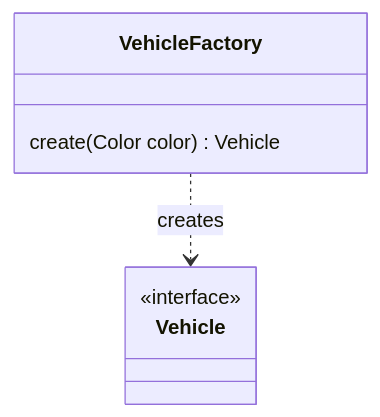
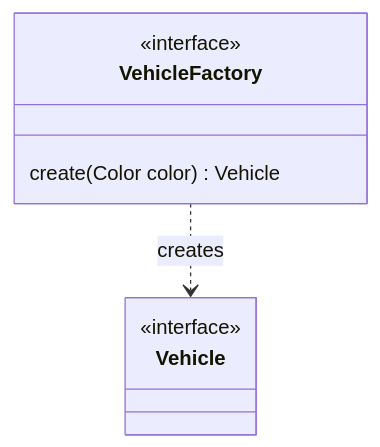
Before and after one commit to forax/design-pattern-reloaded: the second of 2 diagrams in src/main/java/factory/README.md, drawn with Mermaid.

Commit message:
VehicleFactory is also an interface

````diff
--- a/src/main/java/factory/README.md
+++ b/src/main/java/factory/README.md
@@ -70,10 +70,11 @@
 ```mermaid
 classDiagram
 class Vehicle {
   <<interface>>
 }
 class VehicleFactory {
+  <<interface>>
   create(Color color) Vehicle
 }
 VehicleFactory ..> Vehicle : creates
 ```
````
